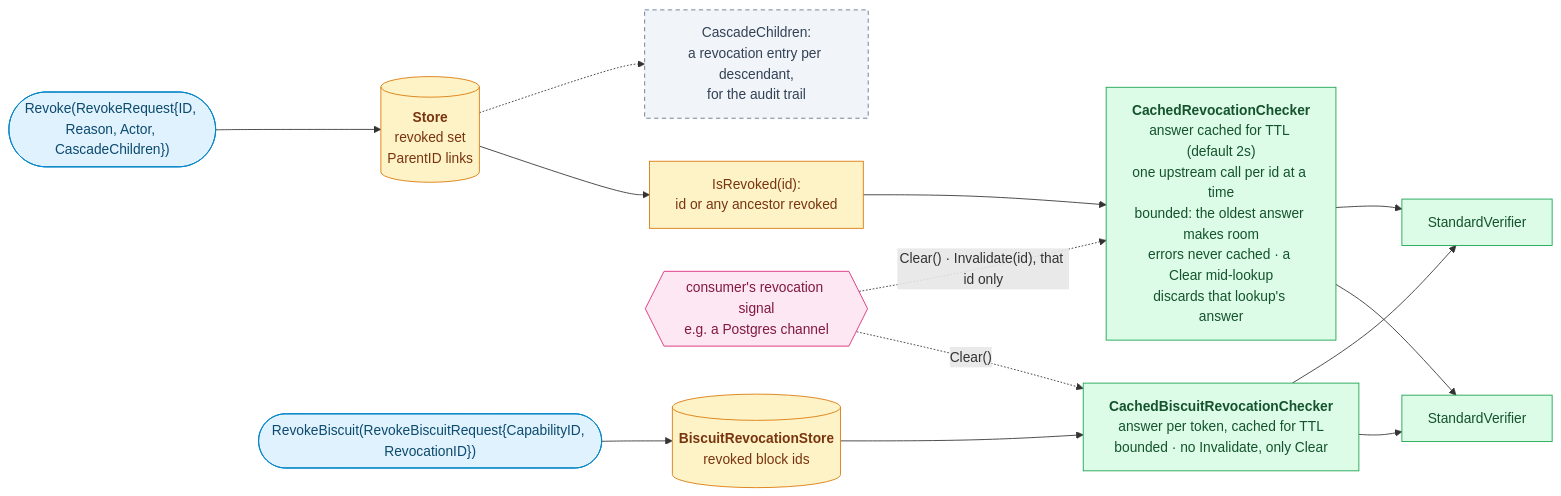
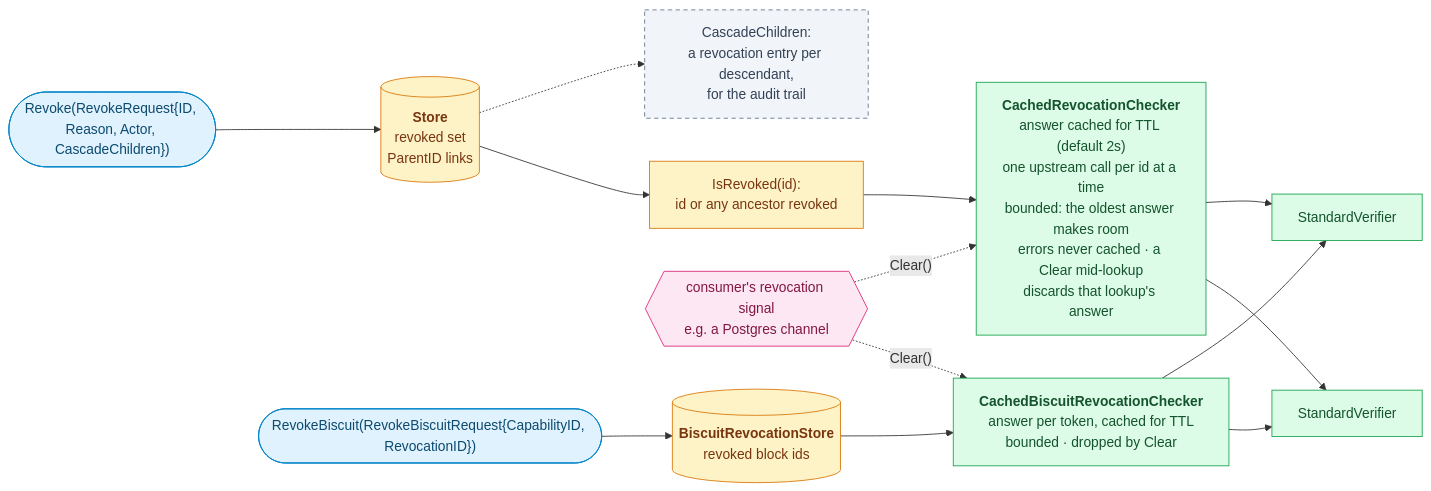
Before and after one commit to oleg-tkachuk/limes: diagram 11 of 11 in docs/diagrams.md, drawn with Mermaid. The commit also changed other lines of this file and 5 other files, not shown here.

First line of the commit message:
fix(cache)!: drop CachedRevocationChecker.Invalidate, which missed descendants

````diff
--- a/docs/diagrams.md
+++ b/docs/diagrams.md
@@ -686,36 +686,36 @@
 ```mermaid
 flowchart LR
     op(["Revoke(RevokeRequest{ID, Reason, Actor, CascadeChildren})"])
     store[("<b>Store</b><br/>revoked set<br/>ParentID links")]
     cascade["CascadeChildren:<br/>a revocation entry per descendant,<br/>for the audit trail"]
     chain["IsRevoked(id):<br/>id or any ancestor revoked"]
     cache["<b>CachedRevocationChecker</b><br/>answer cached for TTL (default 2s)<br/>one upstream call per id at a time<br/>bounded: the oldest answer makes room<br/>errors never cached · a Clear mid-lookup<br/>discards that lookup's answer"]
     notify{{"consumer's revocation signal<br/>e.g. a Postgres channel"}}
     bop(["RevokeBiscuit(RevokeBiscuitRequest{CapabilityID, RevocationID})"])
     blist[("<b>BiscuitRevocationStore</b><br/>revoked block ids")]
-    bcache["<b>CachedBiscuitRevocationChecker</b><br/>answer per token, cached for TTL<br/>bounded · no Invalidate, only Clear"]
+    bcache["<b>CachedBiscuitRevocationChecker</b><br/>answer per token, cached for TTL<br/>bounded · dropped by Clear"]
     v1["StandardVerifier"]
     v2["StandardVerifier"]
 
     op --> store
     store -.-> cascade
     store --> chain --> cache
     cache --> v1
     cache --> v2
-    notify -. "Clear() · Invalidate(id), that id only" .-> cache
+    notify -. "Clear()" .-> cache
     bop --> blist --> bcache
     bcache --> v1
     bcache --> v2
     notify -. "Clear()" .-> bcache
 
     classDef client fill:#E0F2FE,stroke:#0284C7,color:#0C4A6E
     classDef role fill:#DCFCE7,stroke:#16A34A,color:#14532D
     classDef optional fill:#F1F5F9,stroke:#64748B,color:#334155,stroke-dasharray:5 4
     classDef store fill:#FEF3C7,stroke:#D97706,color:#78350F
     classDef external fill:#FCE7F3,stroke:#DB2777,color:#831843
     class op,bop client
     class v1,v2,cache,bcache role
     class cascade optional
     class store,chain,blist store
     class notify external
 ```
````
